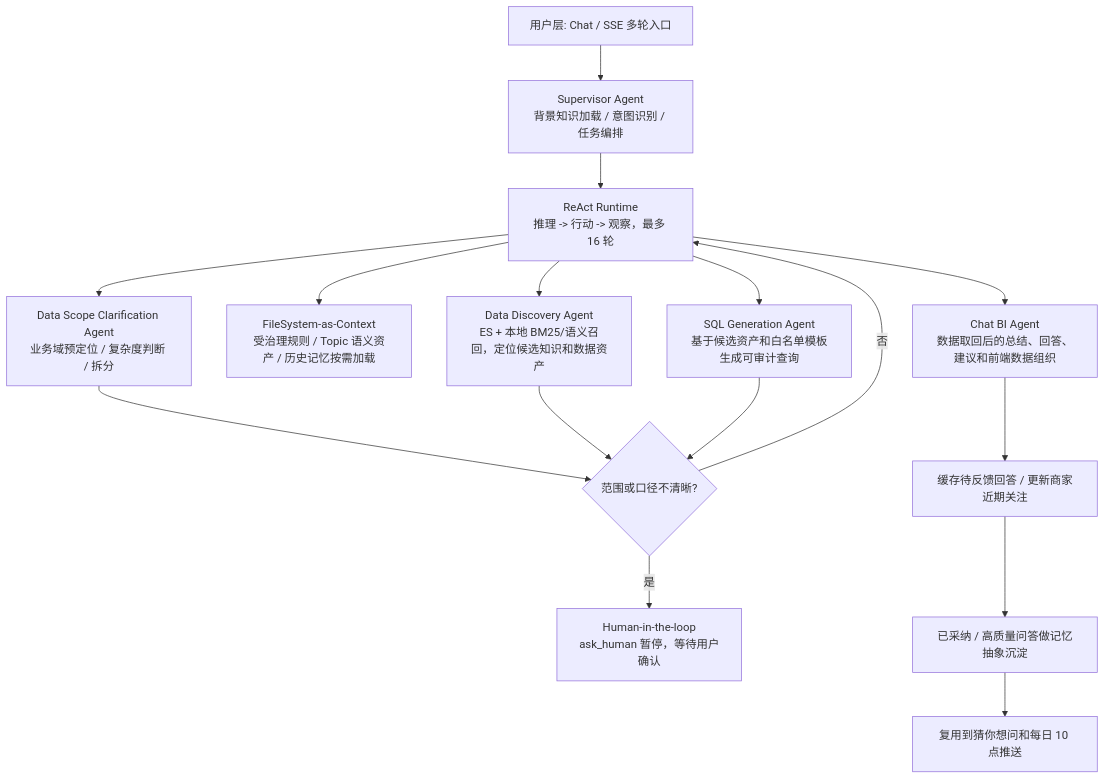
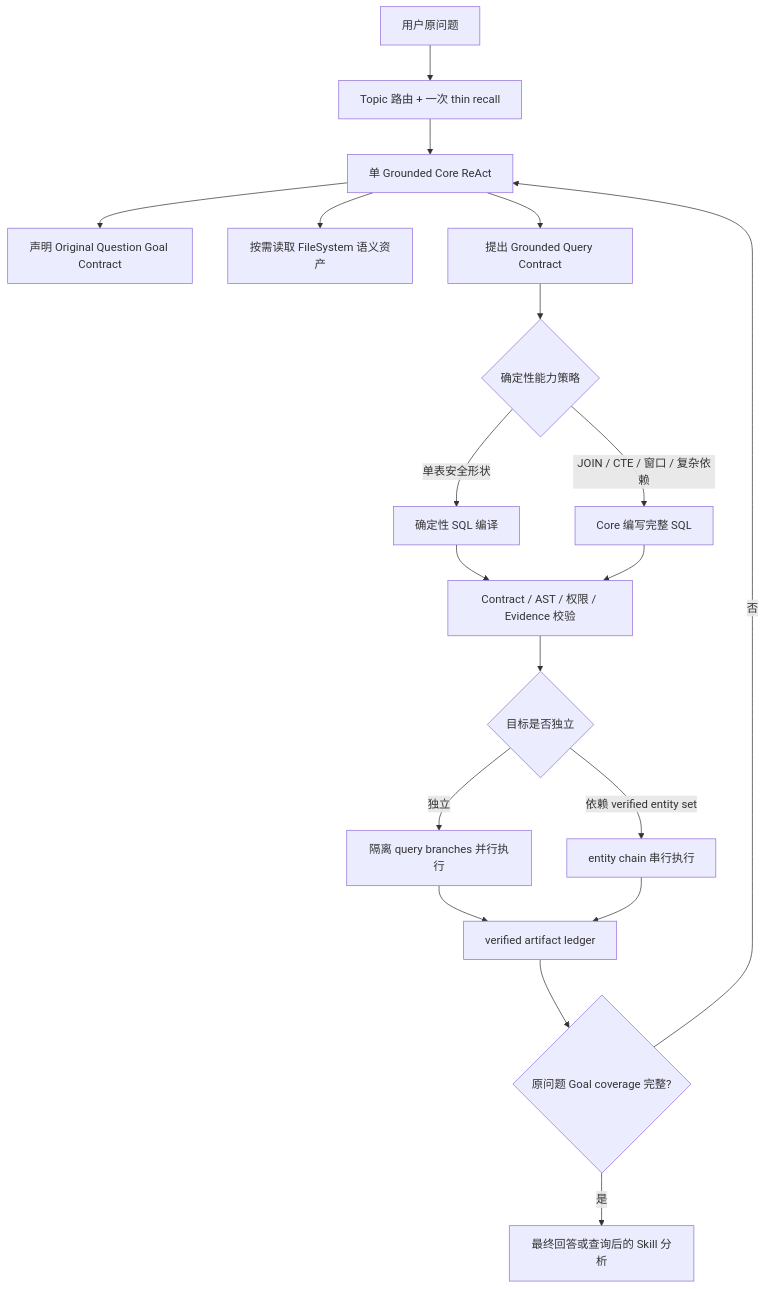
The diagram in docs/architecture.md (shirleymjh/merchant-ai), drawn with Mermaid before and after one commit. The commit also changed other lines of this file and 24 other files, not shown here.

````diff
--- a/docs/architecture.md
+++ b/docs/architecture.md
@@ -5,18 +7,21 @@
 ```mermaid
 flowchart TB
-  A["用户层: Chat / SSE 多轮入口"] --> B["Supervisor Agent<br/>背景知识加载 / 意图识别 / 任务编排"]
-  B --> C["ReAct Runtime<br/>推理 -> 行动 -> 观察，最多 16 轮"]
-  C --> D["Data Scope Clarification Agent<br/>业务域预定位 / 复杂度判断 / 拆分"]
-  C --> E["FileSystem-as-Context<br/>受治理规则 / Topic 语义资产 / 历史记忆按需加载"]
-  C --> F["Data Discovery Agent<br/>ES + 本地 BM25/语义召回，定位候选知识和数据资产"]
-  C --> G["SQL Generation Agent<br/>基于候选资产和白名单模板生成可审计查询"]
-  C --> H["Chat BI Agent<br/>数据取回后的总结、回答、建议和前端数据组织"]
-  D --> I{"范围或口径不清晰?"}
-  F --> I
-  G --> I
-  I -->|是| J["Human-in-the-loop<br/>ask_human 暂停，等待用户确认"]
-  I -->|否| C
-  H --> K["缓存待反馈回答 / 更新商家近期关注"]
-  K --> L["已采纳 / 高质量问答做记忆抽象沉淀"]
-  L --> M["复用到猜你想问和每日 10 点推送"]
+  U["用户原问题"] --> B["Topic 路由 + 一次 thin recall"]
+  B --> C["单 Grounded Core ReAct"]
+  C --> G["声明 Original Question Goal Contract"]
+  C --> F["按需读取 FileSystem 语义资产"]
+  C --> Q["提出 Grounded Query Contract"]
+  Q --> P{"确定性能力策略"}
+  P -->|"单表安全形状"| D["确定性 SQL 编译"]
+  P -->|"JOIN / CTE / 窗口 / 复杂依赖"| S["Core 编写完整 SQL"]
+  D --> V["Contract / AST / 权限 / Evidence 校验"]
+  S --> V
+  V --> I{"目标是否独立"}
+  I -->|"独立"| PB["隔离 query branches 并行执行"]
+  I -->|"依赖 verified entity set"| ES["entity chain 串行执行"]
+  PB --> L["verified artifact ledger"]
+  ES --> L
+  L --> GC{"原问题 Goal coverage 完整?"}
+  GC -->|"否"| C
+  GC -->|"是"| A["最终回答或查询后的 Skill 分析"]
 ```
````
